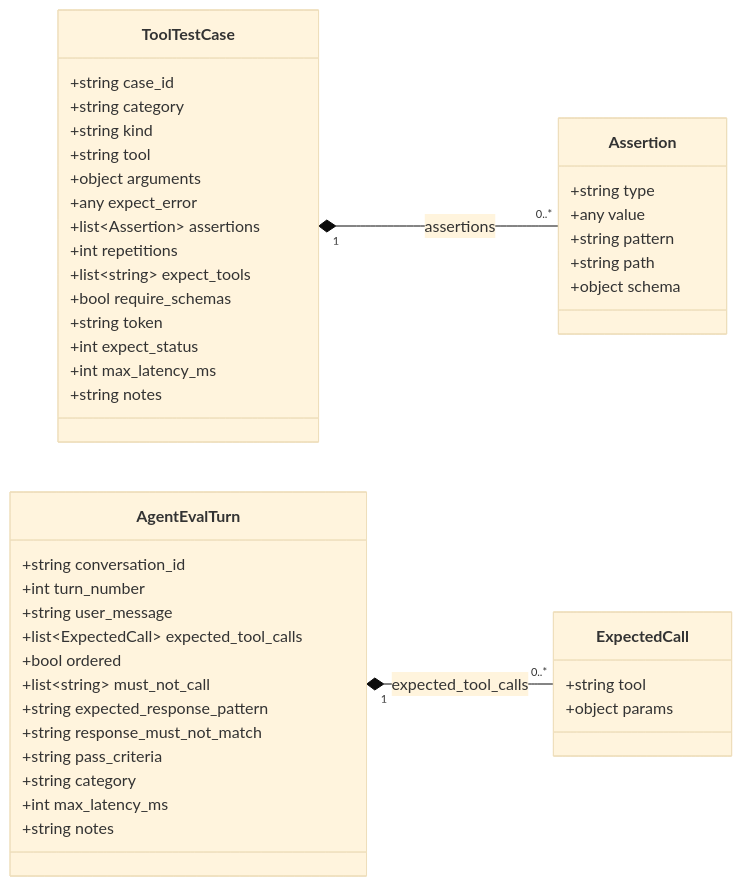
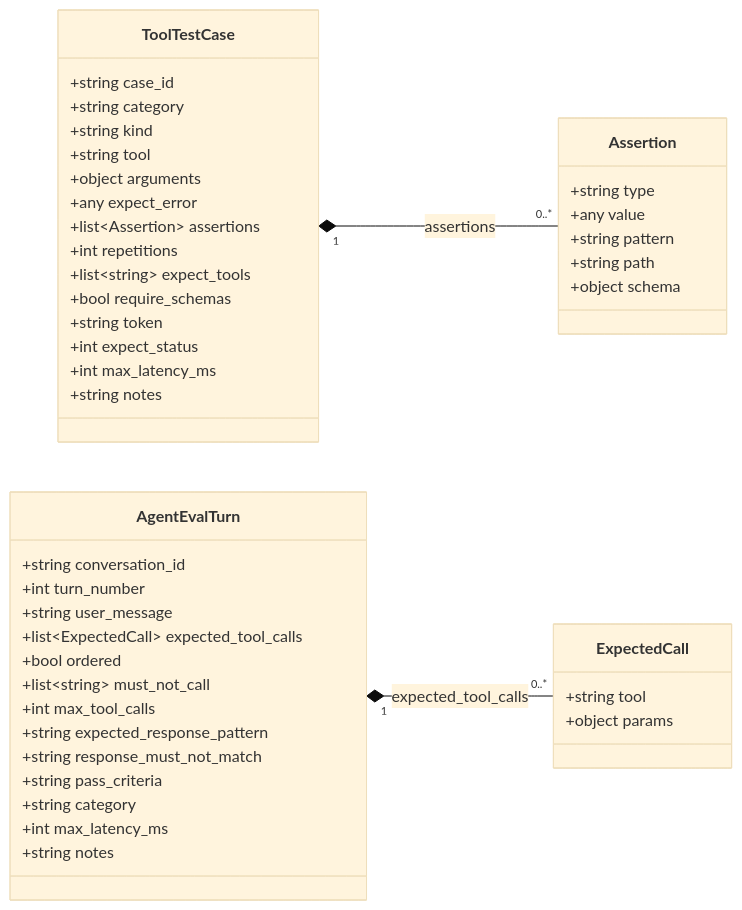
Before and after one commit to bradrlaw/foundryToolboxEval: the third of 17 diagrams in docs/architecture.md, drawn with Mermaid (base theme). The commit also changed other lines of this file and 17 other files, not shown here.

````diff
--- a/docs/architecture.md
+++ b/docs/architecture.md
@@ -151,47 +151,48 @@
 ```mermaid
 classDiagram
     direction LR
     class ToolTestCase {
         +string case_id
         +string category
         +string kind
         +string tool
         +object arguments
         +any expect_error
         +list~Assertion~ assertions
         +int repetitions
         +list~string~ expect_tools
         +bool require_schemas
         +string token
         +int expect_status
         +int max_latency_ms
         +string notes
     }
     class Assertion {
         +string type
         +any value
         +string pattern
         +string path
         +object schema
     }
     class AgentEvalTurn {
         +string conversation_id
         +int turn_number
         +string user_message
         +list~ExpectedCall~ expected_tool_calls
         +bool ordered
         +list~string~ must_not_call
+        +int max_tool_calls
         +string expected_response_pattern
         +string response_must_not_match
         +string pass_criteria
         +string category
         +int max_latency_ms
         +string notes
     }
     class ExpectedCall {
         +string tool
         +object params
     }
     ToolTestCase "1" *-- "0..*" Assertion : assertions
     AgentEvalTurn "1" *-- "0..*" ExpectedCall : expected_tool_calls
 ```
````
